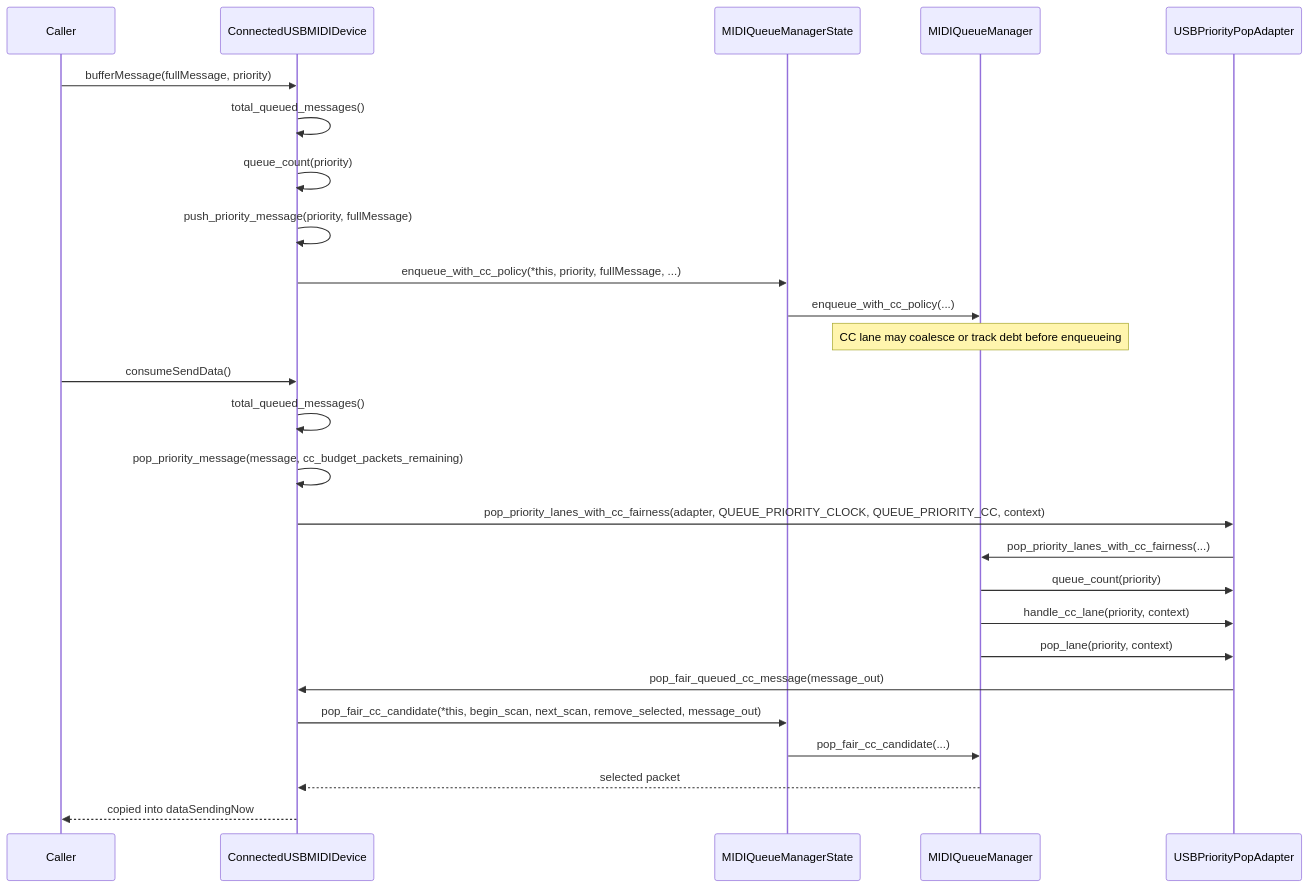
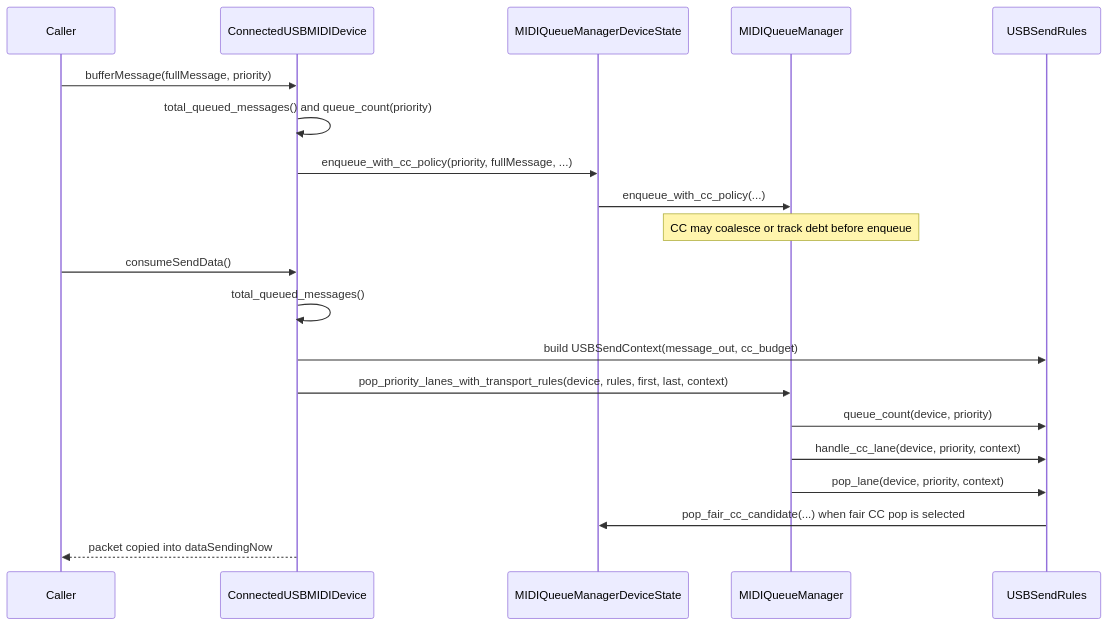
The fourth of 5 diagrams in docs/dev/midi_queue_flow.md (seangoodvibes/DelugeFirmware), drawn with Mermaid before and after one commit. The commit also changed other lines of this file and 2 other files, not shown here.

````diff
--- a/docs/dev/midi_queue_flow.md
+++ b/docs/dev/midi_queue_flow.md
@@ -149,30 +106,24 @@
 ```mermaid
 sequenceDiagram
     participant Caller
     participant USB as ConnectedUSBMIDIDevice
-    participant MQ as MIDIQueueManagerState
+    participant MQ as MIDIQueueManagerDeviceState
     participant QM as MIDIQueueManager
-    participant A as USBPriorityPopAdapter
+    participant Rules as USBSendRules
 
     Caller->>USB: bufferMessage(fullMessage, priority)
-    USB->>USB: total_queued_messages()
-    USB->>USB: queue_count(priority)
-    USB->>USB: push_priority_message(priority, fullMessage)
-    USB->>MQ: enqueue_with_cc_policy(*this, priority, fullMessage, ...)
+    USB->>USB: total_queued_messages() and queue_count(priority)
+    USB->>MQ: enqueue_with_cc_policy(priority, fullMessage, ...)
     MQ->>QM: enqueue_with_cc_policy(...)
-    Note over QM: CC lane may coalesce or track debt before enqueueing
+    Note over QM: CC may coalesce or track debt before enqueue
 
     Caller->>USB: consumeSendData()
     USB->>USB: total_queued_messages()
-    USB->>USB: pop_priority_message(message, cc_budget_packets_remaining)
-    USB->>A: pop_priority_lanes_with_cc_fairness(adapter, QUEUE_PRIORITY_CLOCK, QUEUE_PRIORITY_CC, context)
-    A->>QM: pop_priority_lanes_with_cc_fairness(...)
-    QM->>A: queue_count(priority)
-    QM->>A: handle_cc_lane(priority, context)
-    QM->>A: pop_lane(priority, context)
-    A->>USB: pop_fair_queued_cc_message(message_out)
-    USB->>MQ: pop_fair_cc_candidate(*this, begin_scan, next_scan, remove_selected, message_out)
-    MQ->>QM: pop_fair_cc_candidate(...)
-    QM-->>USB: selected packet
-    USB-->>Caller: copied into dataSendingNow
+    USB->>Rules: build USBSendContext(message_out, cc_budget)
+    USB->>QM: pop_priority_lanes_with_transport_rules(device, rules, first, last, context)
+    QM->>Rules: queue_count(device, priority)
+    QM->>Rules: handle_cc_lane(device, priority, context)
+    QM->>Rules: pop_lane(device, priority, context)
+    Rules->>MQ: pop_fair_cc_candidate(...) when fair CC pop is selected
+    USB-->>Caller: packet copied into dataSendingNow
 ```
````
